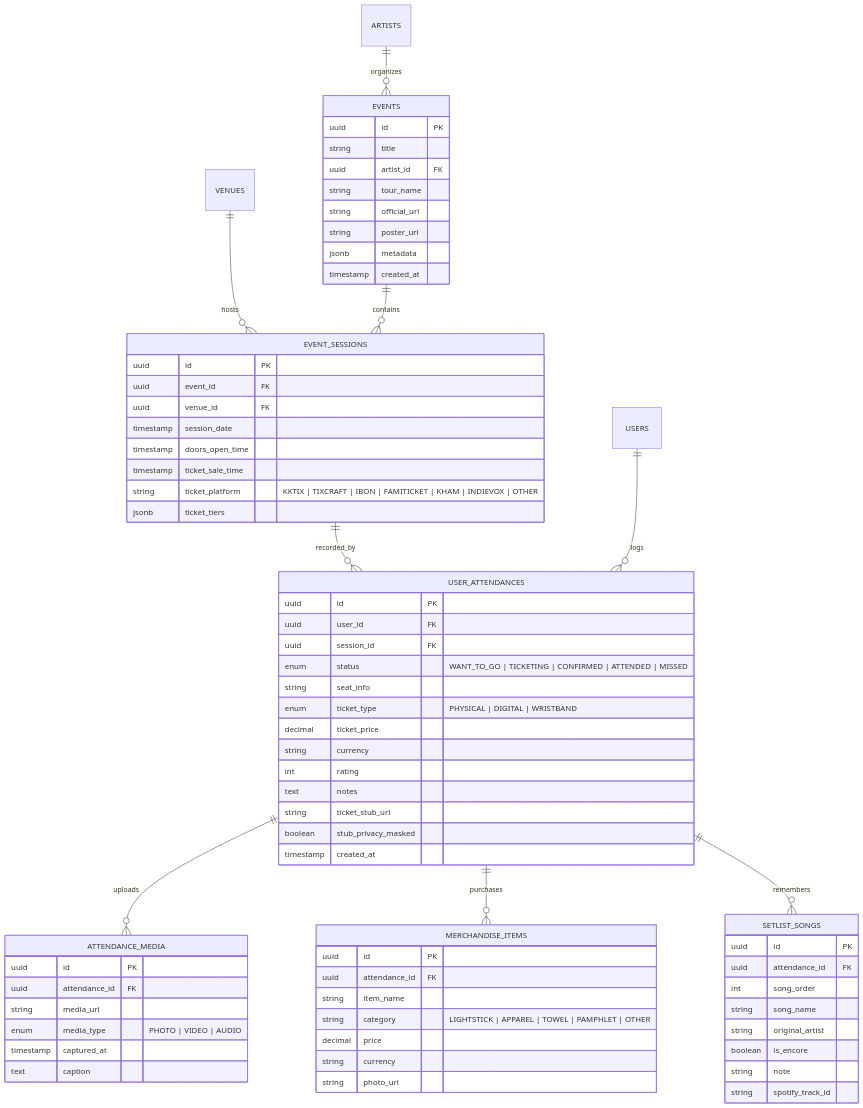
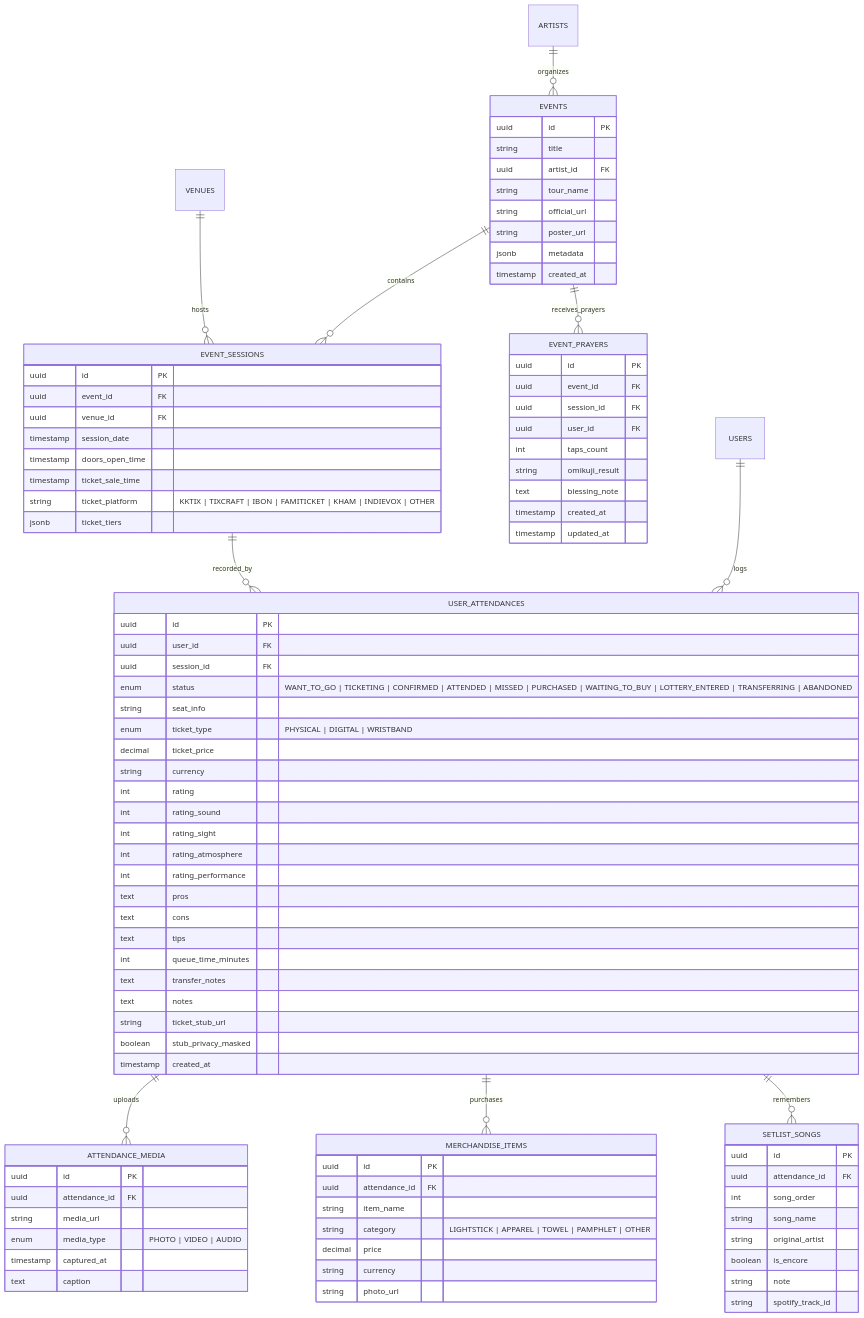
Before and after one commit to saijo0404/stubbook: the diagram in ARCHITECTURE.md, drawn with Mermaid. The commit also changed other lines of this file and 12 other files, not shown here.

```diff
--- a/ARCHITECTURE.md
+++ b/ARCHITECTURE.md
@@ -93,6 +93,7 @@
     ARTISTS ||--o{ EVENTS : organizes
     VENUES ||--o{ EVENT_SESSIONS : hosts
     EVENTS ||--o{ EVENT_SESSIONS : contains
+    EVENTS ||--o{ EVENT_PRAYERS : receives_prayers
     EVENT_SESSIONS ||--o{ USER_ATTENDANCES : recorded_by
     USERS ||--o{ USER_ATTENDANCES : logs
     USER_ATTENDANCES ||--o{ ATTENDANCE_MEDIA : uploads
@@ -125,16 +126,37 @@
         uuid id PK
         uuid user_id FK
         uuid session_id FK
-        enum status "WANT_TO_GO | TICKETING | CONFIRMED | ATTENDED | MISSED"
+        enum status "WANT_TO_GO | TICKETING | CONFIRMED | ATTENDED | MISSED | PURCHASED | WAITING_TO_BUY | LOTTERY_ENTERED | TRANSFERRING | ABANDONED"
         string seat_info
         enum ticket_type "PHYSICAL | DIGITAL | WRISTBAND"
         decimal ticket_price
         string currency
         int rating
+        int rating_sound
+        int rating_sight
+        int rating_atmosphere
+        int rating_performance
+        text pros
+        text cons
+        text tips
+        int queue_time_minutes
+        text transfer_notes
         text notes
         string ticket_stub_url
         boolean stub_privacy_masked
         timestamp created_at
+    }
+
+    EVENT_PRAYERS {
+        uuid id PK
+        uuid event_id FK
+        uuid session_id FK
+        uuid user_id FK
+        int taps_count
+        string omikuji_result
+        text blessing_note
+        timestamp created_at
+        timestamp updated_at
     }
 
     MERCHANDISE_ITEMS {
```
